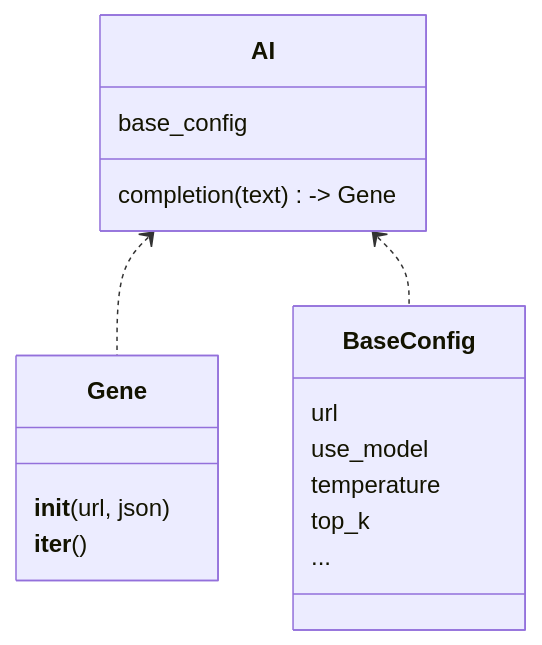
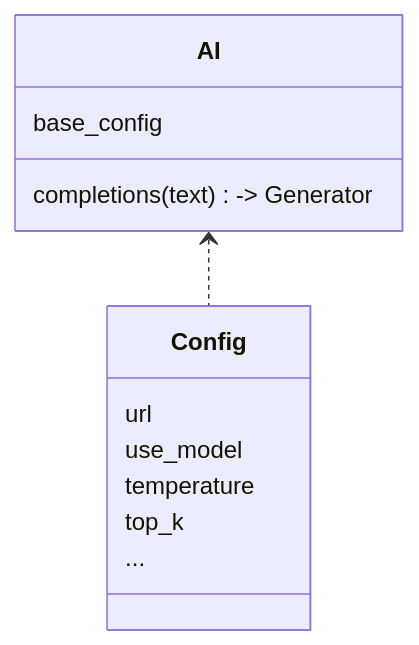
One commit to doucx/nvim-ai changed the second of 2 diagrams in README.md. Above: the diagram before and after it, drawn with Mermaid. The commit also changed other lines of this file and 1 other file, not shown here.

````diff
--- a/README.md
+++ b/README.md
@@ -10,22 +27,16 @@
 ```mermaid
 classDiagram
-    class Gene{
-        __init__(url, json)
-        __iter__()
-    }
-
-    class BaseConfig{
+    class Config{
         url
         use_model
         temperature
         top_k
         ...
     }
 
     class AI{
         base_config
-        completion(text) -> Gene
+        completions(text) -> Generator
     }
-    AI <.. Gene
-    AI <.. BaseConfig
+    AI <.. Config
 ```
````
